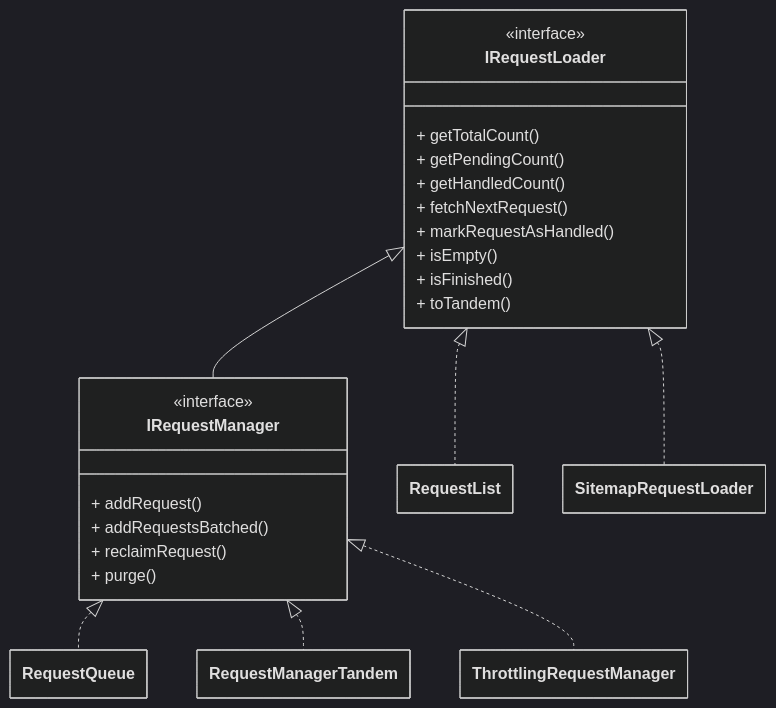
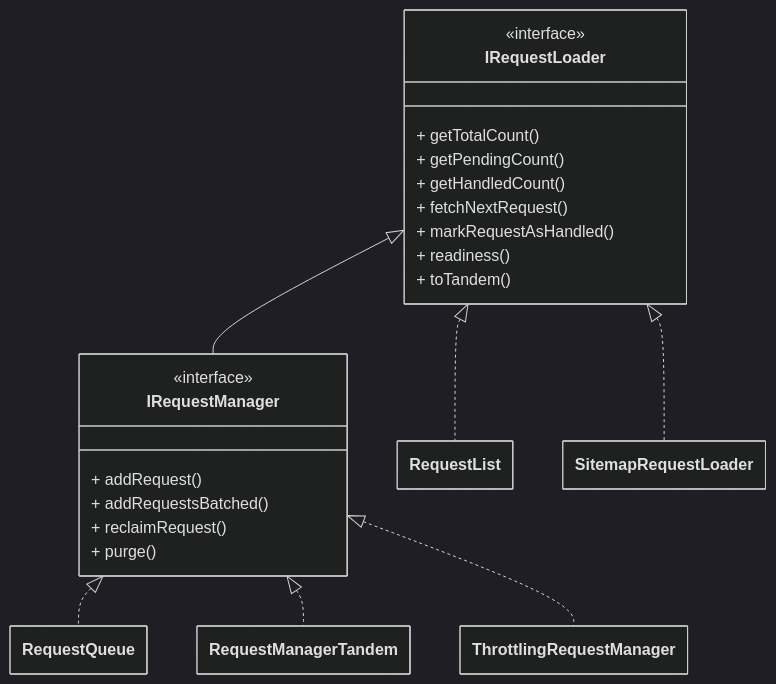
The diagram in docs/guides/request_loaders.mdx (apify/crawlee), drawn with Mermaid (dark theme) before and after one commit. The commit also changed other lines of this file and 19 other files, not shown here.

````diff
--- a/docs/guides/request_loaders.mdx
+++ b/docs/guides/request_loaders.mdx
@@ -38,58 +38,57 @@
 ```mermaid
 ---
 config:
     class:
         hideEmptyMembersBox: true
 ---
 
 classDiagram
 
 %% ========================
 %% Abstract interfaces
 %% ========================
 
 class IRequestLoader {
     <<interface>>
     + getTotalCount()
     + getPendingCount()
     + getHandledCount()
     + fetchNextRequest()
     + markRequestAsHandled()
-    + isEmpty()
-    + isFinished()
+    + readiness()
     + toTandem()
 }
 
 class IRequestManager {
     <<interface>>
     + addRequest()
     + addRequestsBatched()
     + reclaimRequest()
     + purge()
 }
 
 %% ========================
 %% Concrete classes
 %% ========================
 
 class RequestQueue
 
 class RequestList
 
 class SitemapRequestLoader
 
 class RequestManagerTandem
 
 class ThrottlingRequestManager
 
 %% ========================
 %% Inheritance arrows
 %% ========================
 
 IRequestLoader <|-- IRequestManager
 IRequestLoader <|.. RequestList
 IRequestLoader <|.. SitemapRequestLoader
 IRequestManager <|.. RequestQueue
 IRequestManager <|.. RequestManagerTandem
 IRequestManager <|.. ThrottlingRequestManager
 ```
````
